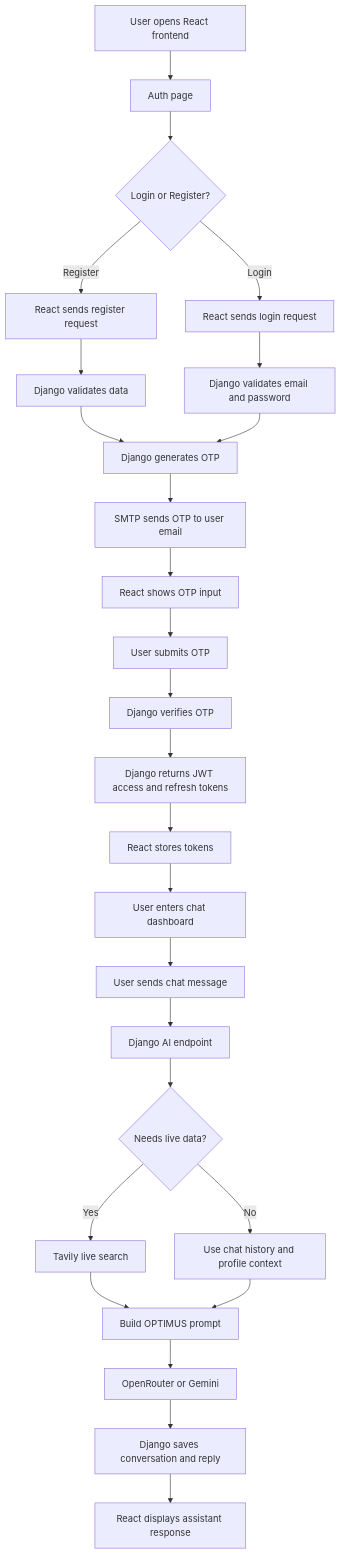
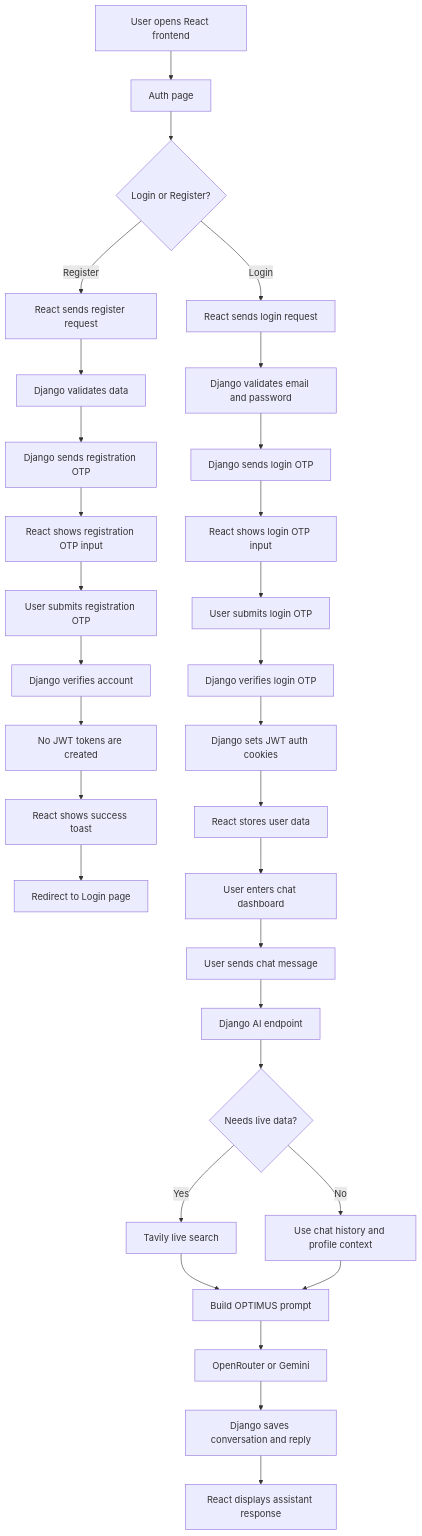
One commit to sridharSTR/OPTIMUS-AI-Assistant changed the first of 8 diagrams in README.md. Above: the diagram before and after it, drawn with Mermaid. The commit also changed other lines of this file and 33 other files, not shown here.

Commit message:
Major OPTIMUS update with RAG, resume analysis, auth improvements and documentation

````diff
--- a/README.md
+++ b/README.md
@@ -510,28 +517,33 @@
 ```mermaid
 flowchart TD
     A[User opens React frontend] --> B[Auth page]
     B --> C{Login or Register?}
     C -->|Register| D[React sends register request]
     C -->|Login| E[React sends login request]
     D --> F[Django validates data]
     E --> G[Django validates email and password]
-    F --> H[Django generates OTP]
-    G --> H
-    H --> I[SMTP sends OTP to user email]
-    I --> J[React shows OTP input]
-    J --> K[User submits OTP]
-    K --> L[Django verifies OTP]
-    L --> M[Django returns JWT access and refresh tokens]
-    M --> N[React stores tokens]
-    N --> O[User enters chat dashboard]
-    O --> P[User sends chat message]
-    P --> Q[Django AI endpoint]
-    Q --> R{Needs live data?}
-    R -->|Yes| U[Tavily live search]
-    R -->|No| V[Use chat history and profile context]
-    U --> W[Build OPTIMUS prompt]
-    V --> W
-    W --> X[OpenRouter or Gemini]
-    X --> S[Django saves conversation and reply]
-    S --> T[React displays assistant response]
+    F --> H[Django sends registration OTP]
+    H --> I[React shows registration OTP input]
+    I --> J[User submits registration OTP]
+    J --> K[Django verifies account]
+    K --> L[No JWT tokens are created]
+    L --> M[React shows success toast]
+    M --> N[Redirect to Login page]
+    G --> O[Django sends login OTP]
+    O --> P[React shows login OTP input]
+    P --> Q[User submits login OTP]
+    Q --> R[Django verifies login OTP]
+    R --> S[Django sets JWT auth cookies]
+    S --> T[React stores user data]
+    T --> U[User enters chat dashboard]
+    U --> V[User sends chat message]
+    V --> W[Django AI endpoint]
+    W --> X{Needs live data?}
+    X -->|Yes| Y[Tavily live search]
+    X -->|No| Z[Use chat history and profile context]
+    Y --> AA[Build OPTIMUS prompt]
+    Z --> AA
+    AA --> AB[OpenRouter or Gemini]
+    AB --> AC[Django saves conversation and reply]
+    AC --> AD[React displays assistant response]
 ```
````
